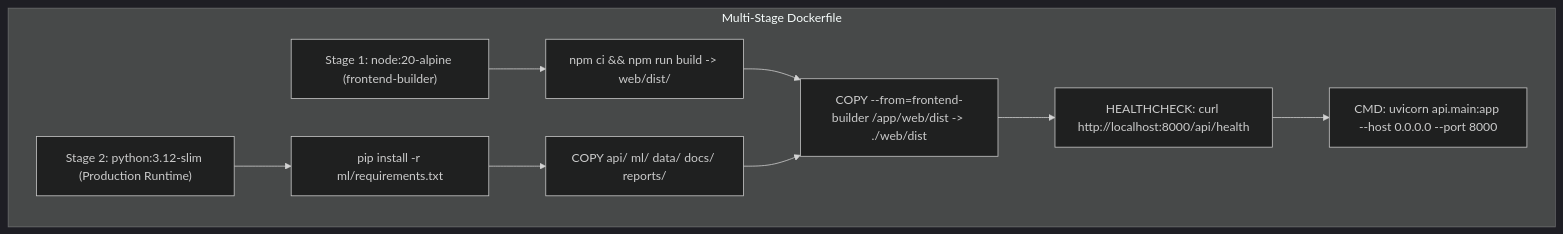
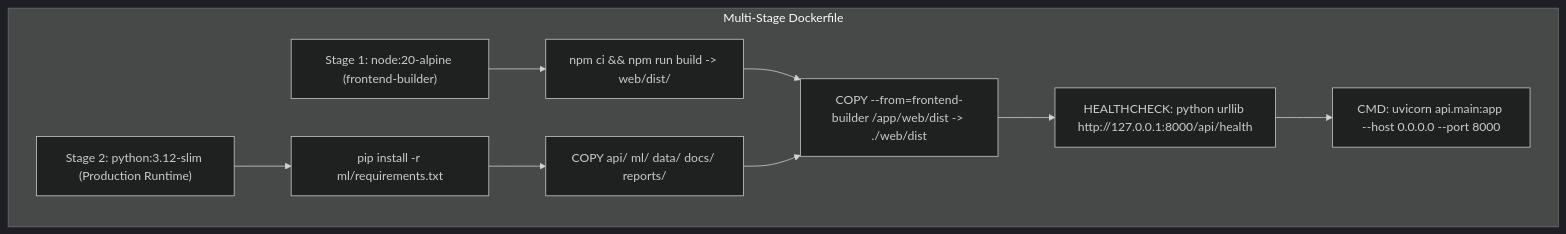
Before and after one commit to hackerabi2005/cad: the fifth of 5 diagrams in ARCHITECTURE.md, drawn with Mermaid (dark theme). The commit also changed other lines of this file and 42 other files, not shown here.

````diff
--- a/ARCHITECTURE.md
+++ b/ARCHITECTURE.md
@@ -471,21 +504,21 @@
 ```mermaid
 graph TD
     subgraph MultiStage ["Multi-Stage Dockerfile"]
         Stage1["Stage 1: node:20-alpine (frontend-builder)"]
         BuildWeb["npm ci && npm run build -> web/dist/"]
         Stage2["Stage 2: python:3.12-slim (Production Runtime)"]
         InstallPy["pip install -r ml/requirements.txt"]
         CopyCode["COPY api/ ml/ data/ docs/ reports/"]
         CopyWeb["COPY --from=frontend-builder /app/web/dist -> ./web/dist"]
-        Health["HEALTHCHECK: curl http://localhost:8000/api/health"]
+        Health["HEALTHCHECK: python urllib http://127.0.0.1:8000/api/health"]
         RunCMD["CMD: uvicorn api.main:app --host 0.0.0.0 --port 8000"]
     end
 
     Stage1 --> BuildWeb
     BuildWeb --> CopyWeb
     Stage2 --> InstallPy
     InstallPy --> CopyCode
     CopyCode --> CopyWeb
     CopyWeb --> Health
     Health --> RunCMD
 ```
````
